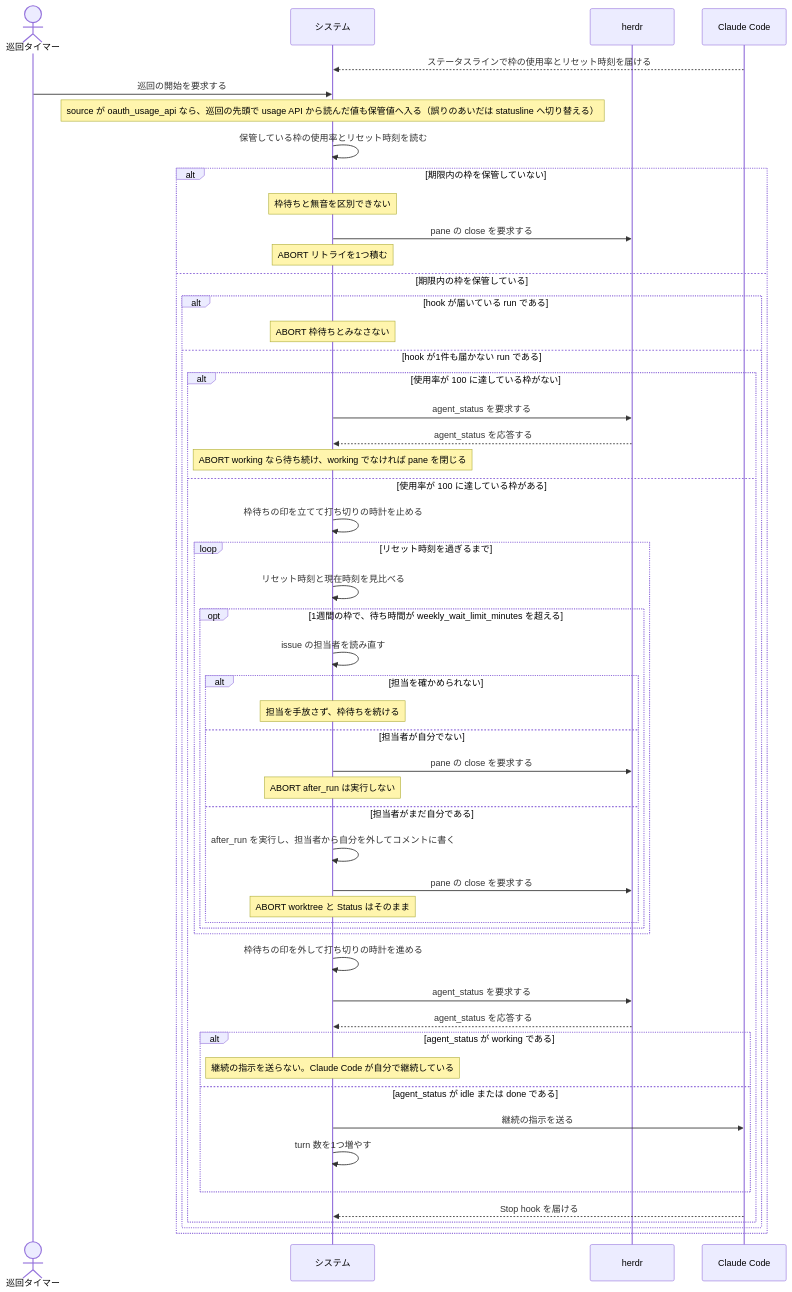
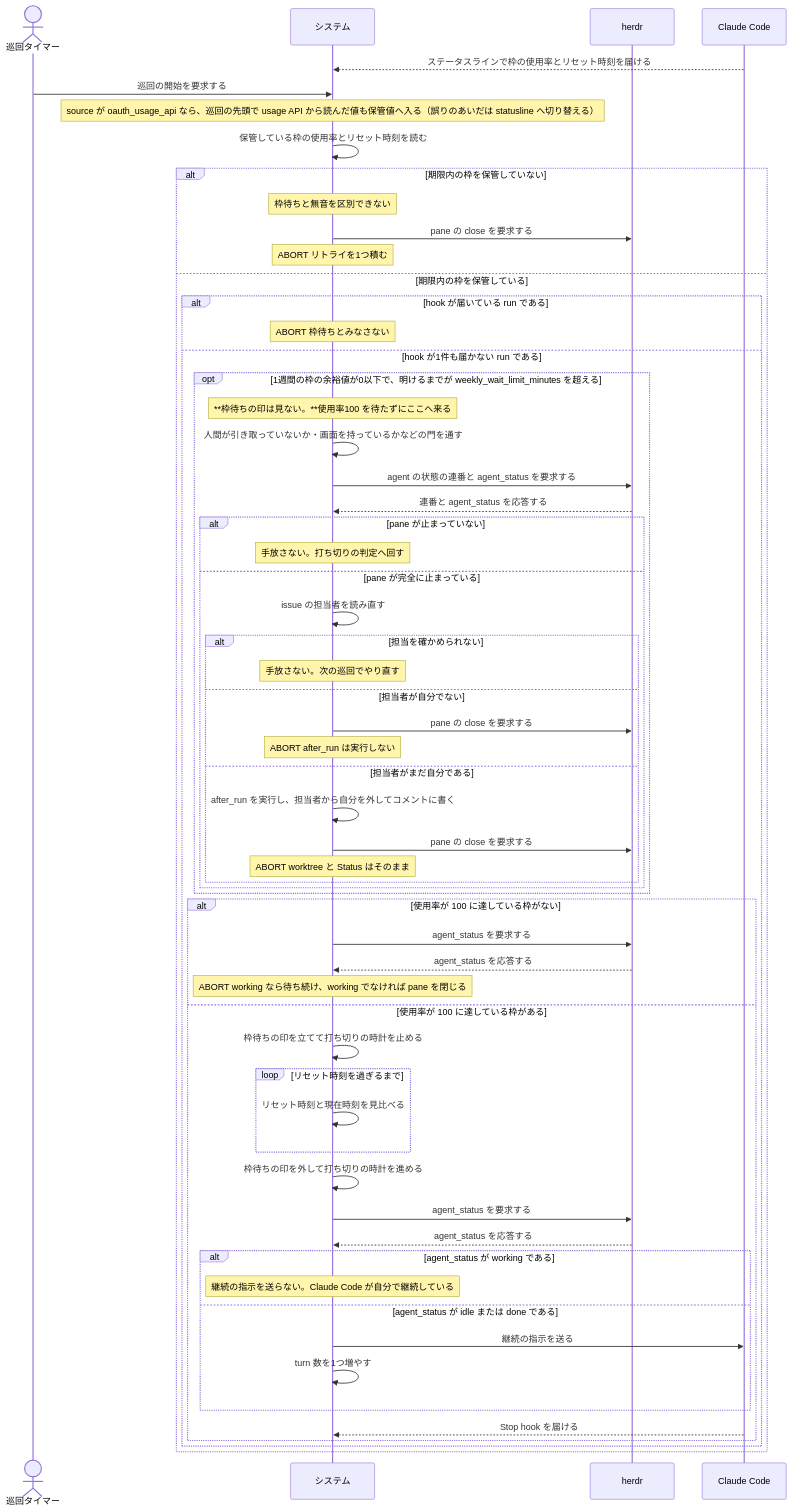
One commit to maimuzo/continuo changed the second of 2 diagrams in docs/spec/usecases/particular_case/レートリミットで待って再開する.rucm.md. Above: the diagram before and after it, drawn with Mermaid. The commit also changed other lines of this file and 19 other files, not shown here.

````diff
--- a/docs/spec/usecases/particular_case/レートリミットで待って再開する.rucm.md
+++ b/docs/spec/usecases/particular_case/レートリミットで待って再開する.rucm.md
@@ -254,55 +274,63 @@
 ```mermaid
 sequenceDiagram
     actor T as 巡回タイマー
     participant S as システム
     participant H as herdr
     participant CC as Claude Code
 
     CC-->>S: ステータスラインで枠の使用率とリセット時刻を届ける
     T->>S: 巡回の開始を要求する
     Note over S: source が oauth_usage_api なら、巡回の先頭で usage API から読んだ値も保管値へ入る（誤りのあいだは statusline へ切り替える）
     S->>S: 保管している枠の使用率とリセット時刻を読む
     alt 期限内の枠を保管していない
         Note over S: 枠待ちと無音を区別できない
         S->>H: pane の close を要求する
         Note over S: ABORT リトライを1つ積む
     else 期限内の枠を保管している
         alt hook が届いている run である
             Note over S: ABORT 枠待ちとみなさない
         else hook が1件も届かない run である
+            opt 1週間の枠の余裕値が0以下で、明けるまでが weekly_wait_limit_minutes を超える
+                Note over S: **枠待ちの印は見ない。**使用率100 を待たずにここへ来る
+                S->>S: 人間が引き取っていないか・画面を持っているかなどの門を通す
+                S->>H: agent の状態の連番と agent_status を要求する
+                H-->>S: 連番と agent_status を応答する
+                alt pane が止まっていない
+                    Note over S: 手放さない。打ち切りの判定へ回す
+                else pane が完全に止まっている
+                    S->>S: issue の担当者を読み直す
+                    alt 担当を確かめられない
+                        Note over S: 手放さない。次の巡回でやり直す
+                    else 担当者が自分でない
+                        S->>H: pane の close を要求する
+                        Note over S: ABORT after_run は実行しない
+                    else 担当者がまだ自分である
+                        S->>S: after_run を実行し、担当者から自分を外してコメントに書く
+                        S->>H: pane の close を要求する
+                        Note over S: ABORT worktree と Status はそのまま
+                    end
+                end
+            end
             alt 使用率が 100 に達している枠がない
                 S->>H: agent_status を要求する
                 H-->>S: agent_status を応答する
                 Note over S: ABORT working なら待ち続け、working でなければ pane を閉じる
             else 使用率が 100 に達している枠がある
                 S->>S: 枠待ちの印を立てて打ち切りの時計を止める
                 loop リセット時刻を過ぎるまで
                     S->>S: リセット時刻と現在時刻を見比べる
-                    opt 1週間の枠で、待ち時間が weekly_wait_limit_minutes を超える
-                        S->>S: issue の担当者を読み直す
-                        alt 担当を確かめられない
-                            Note over S: 担当を手放さず、枠待ちを続ける
-                        else 担当者が自分でない
-                            S->>H: pane の close を要求する
-                            Note over S: ABORT after_run は実行しない
-                        else 担当者がまだ自分である
-                            S->>S: after_run を実行し、担当者から自分を外してコメントに書く
-                            S->>H: pane の close を要求する
-                            Note over S: ABORT worktree と Status はそのまま
-                        end
-                    end
                 end
                 S->>S: 枠待ちの印を外して打ち切りの時計を進める
                 S->>H: agent_status を要求する
                 H-->>S: agent_status を応答する
                 alt agent_status が working である
                     Note over S: 継続の指示を送らない。Claude Code が自分で継続している
                 else agent_status が idle または done である
                     S->>CC: 継続の指示を送る
                     S->>S: turn 数を1つ増やす
                 end
                 CC-->>S: Stop hook を届ける
             end
         end
     end
 ```
````
